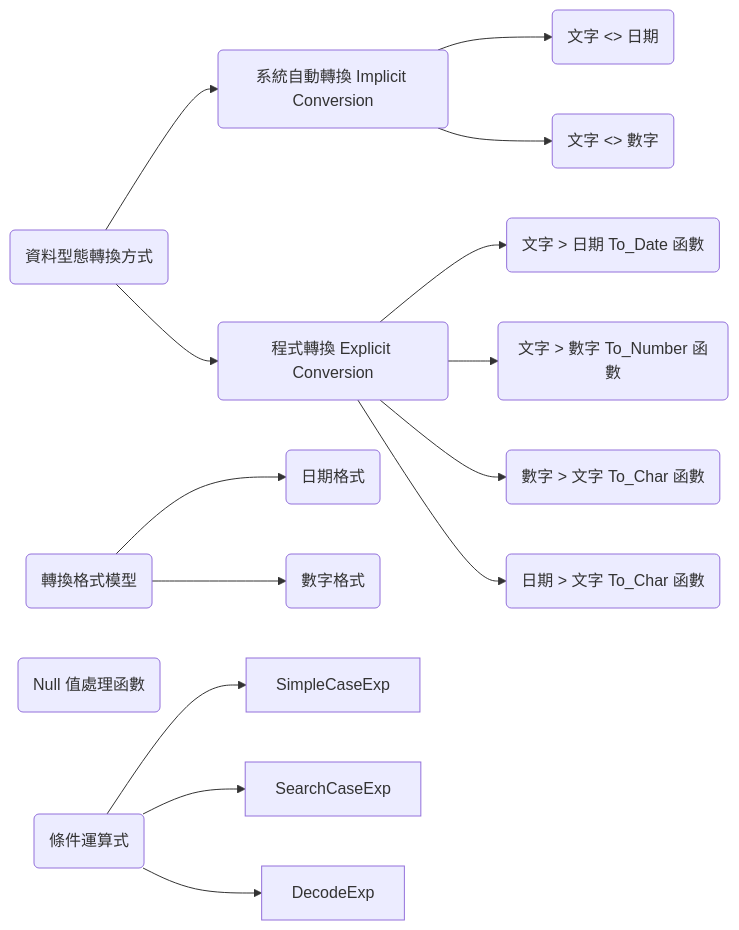
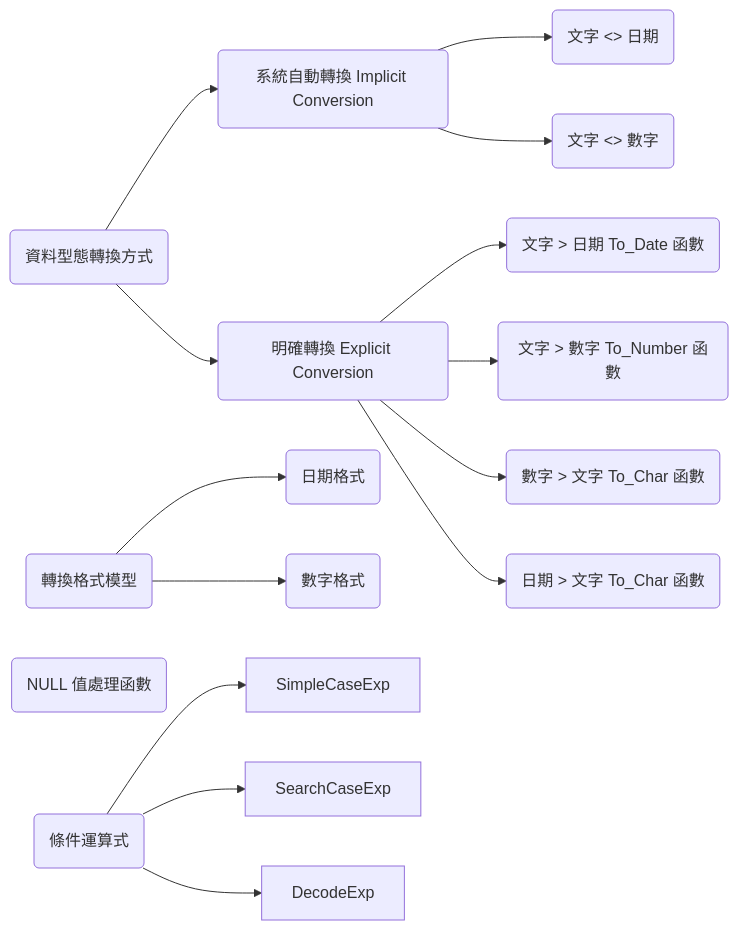
One commit to hychen39/oce_sql changed the diagram in course_practices/ws1-u05_ch.md. Above: the diagram before and after it, drawn with Mermaid. The commit also changed other lines of this file and 18 other files, not shown here.

````diff
--- a/course_practices/ws1-u05_ch.md
+++ b/course_practices/ws1-u05_ch.md
@@ -16,23 +16,23 @@
 ```mermaid
 graph LR;
 ConvTypes("資料型態轉換方式")-->ImplicitConv("系統自動轉換 Implicit Conversion")
-ConvTypes-->ExplicitConv("程式轉換 Explicit Conversion")
+ConvTypes-->ExplicitConv("明確轉換 Explicit Conversion")
 
 ImplicitConv-->CharDateChar("文字 <> 日期")
 ImplicitConv-->CharNumChar("文字 <> 數字")
 
 ExplicitConv-->Char2Date("文字 > 日期 To_Date 函數")
 ExplicitConv-->Char2Num("文字 > 數字 To_Number 函數")
 ExplicitConv-->Num2Char("數字 > 文字 To_Char 函數")
 ExplicitConv-->Num2Date("日期 > 文字 To_Char 函數")
 
 FormatModel("轉換格式模型")-->DateFmtModel("日期格式")
 FormatModel("轉換格式模型")-->NumFmtModel("數字格式")
 
-NullValFun("Null 值處理函數")
+NullValFun("NULL 值處理函數")
 
 CondExp("條件運算式")
 CondExp-->SimpleCaseExp
 CondExp-->SearchCaseExp
 CondExp-->DecodeExp
 ```
````
